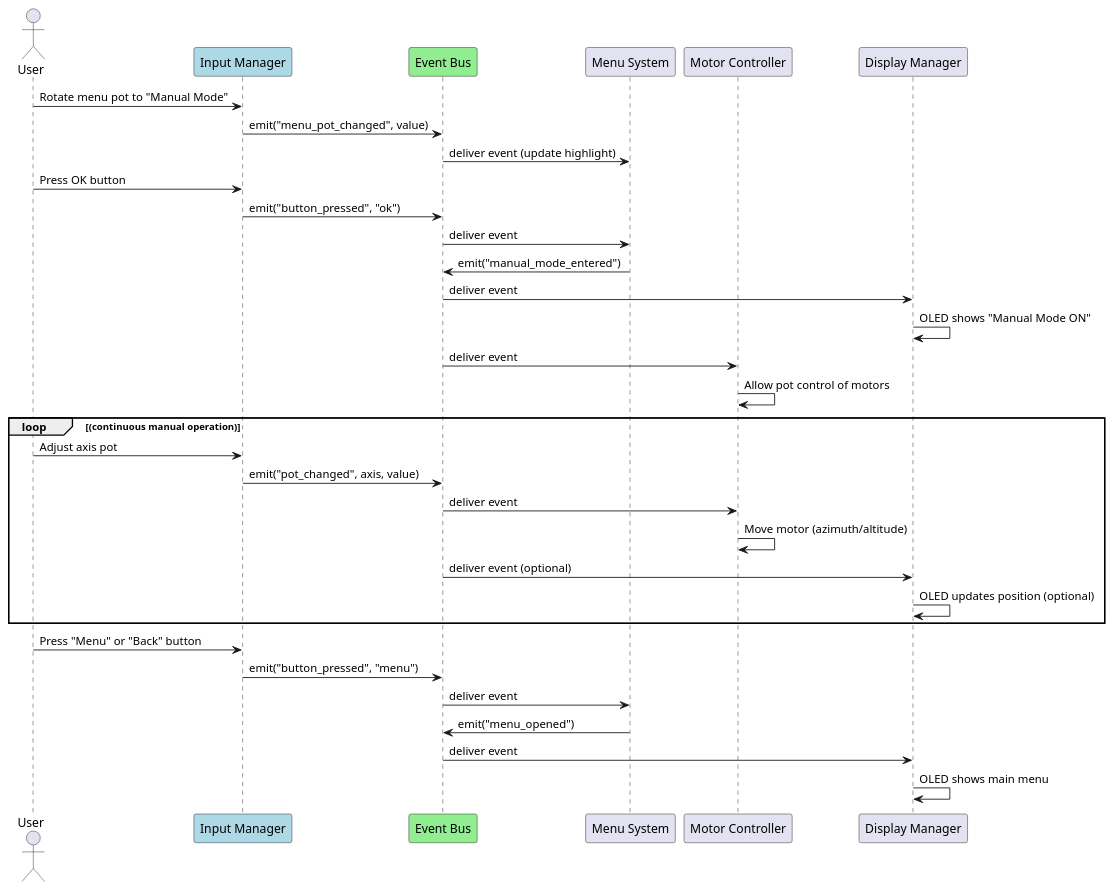
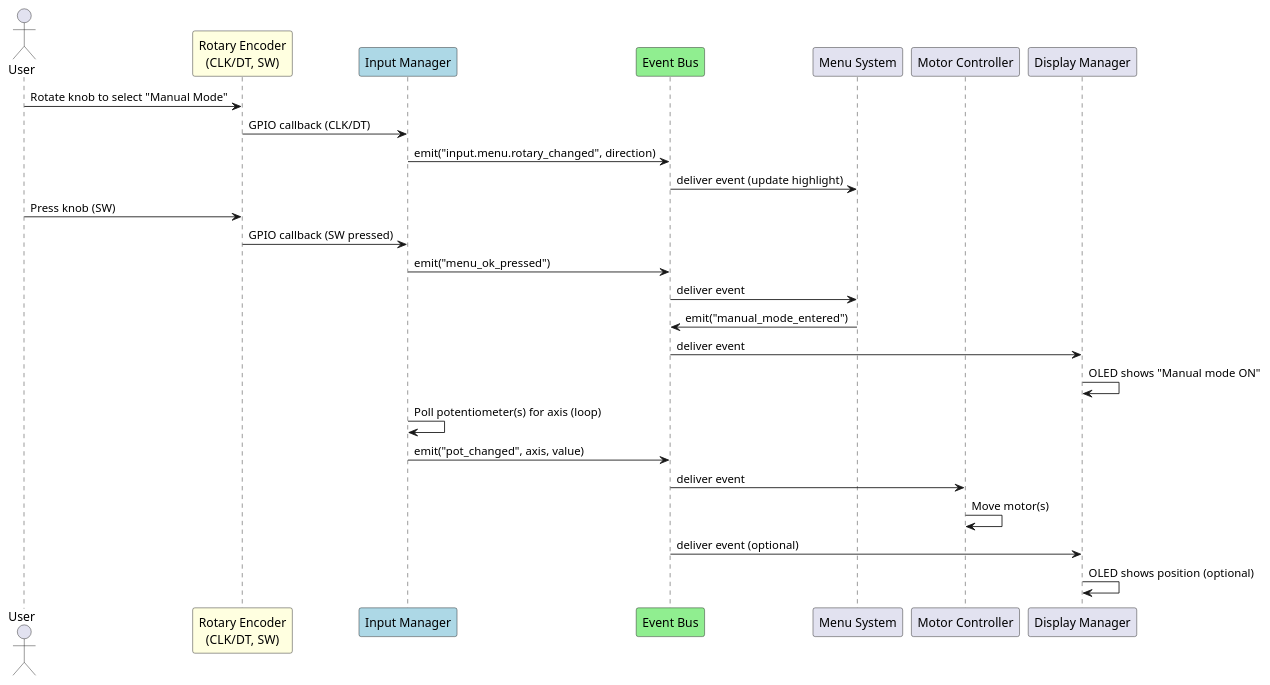
The diagram in doc/manualMode.puml (apku04/optiscopePrime), drawn with PlantUML before and after one commit. The commit also changed 11 other files, not shown here.

```diff
--- a/doc/manualMode.puml
+++ b/doc/manualMode.puml
@@ -1,37 +1,29 @@
 @startuml
 actor User
+participant "Rotary Encoder\n(CLK/DT, SW)" as Encoder #LightYellow
 participant "Input Manager" as IM #LightBlue
 participant "Event Bus" as EB #LightGreen
 participant "Menu System" as Menu
 participant "Motor Controller" as MC
 participant "Display Manager" as DM
 
-User -> IM: Rotate menu pot to "Manual Mode"
-IM -> EB: emit("menu_pot_changed", value)
+User -> Encoder: Rotate knob to select "Manual Mode"
+Encoder -> IM: GPIO callback (CLK/DT)
+IM -> EB: emit("input.menu.rotary_changed", direction)
 EB -> Menu: deliver event (update highlight)
 
-User -> IM: Press OK button
-IM -> EB: emit("button_pressed", "ok")
+User -> Encoder: Press knob (SW)
+Encoder -> IM: GPIO callback (SW pressed)
+IM -> EB: emit("menu_ok_pressed")
 EB -> Menu: deliver event
 Menu -> EB: emit("manual_mode_entered")
 EB -> DM: deliver event
-DM -> DM: OLED shows "Manual Mode ON"
+DM -> DM: OLED shows "Manual mode ON"
+
+IM -> IM: Poll potentiometer(s) for axis (loop)
+IM -> EB: emit("pot_changed", axis, value)
 EB -> MC: deliver event
-MC -> MC: Allow pot control of motors
-
-loop (continuous manual operation)
-    User -> IM: Adjust axis pot
-    IM -> EB: emit("pot_changed", axis, value)
-    EB -> MC: deliver event
-    MC -> MC: Move motor (azimuth/altitude)
-    EB -> DM: deliver event (optional)
-    DM -> DM: OLED updates position (optional)
-end
-
-User -> IM: Press "Menu" or "Back" button
-IM -> EB: emit("button_pressed", "menu")
-EB -> Menu: deliver event
-Menu -> EB: emit("menu_opened")
-EB -> DM: deliver event
-DM -> DM: OLED shows main menu
+MC -> MC: Move motor(s)
+EB -> DM: deliver event (optional)
+DM -> DM: OLED shows position (optional)
 @enduml
```
